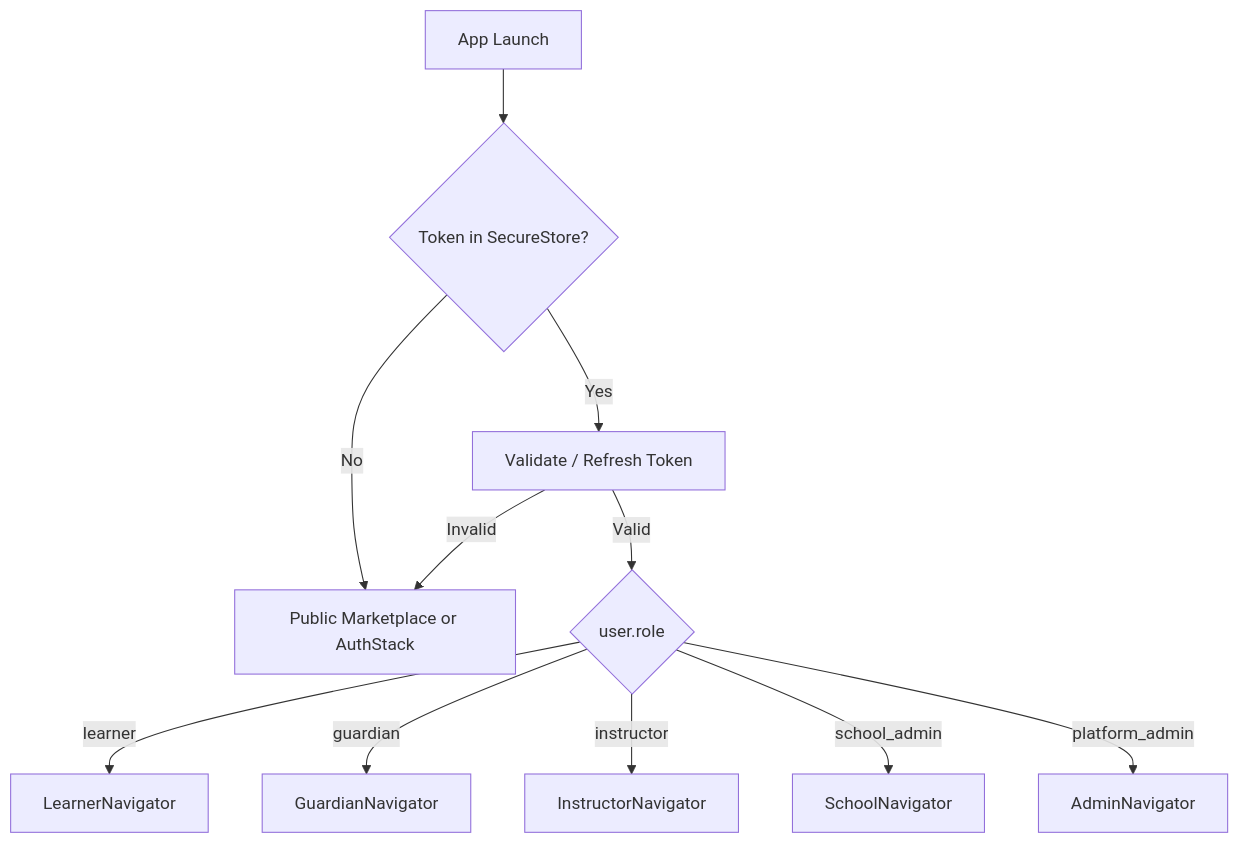
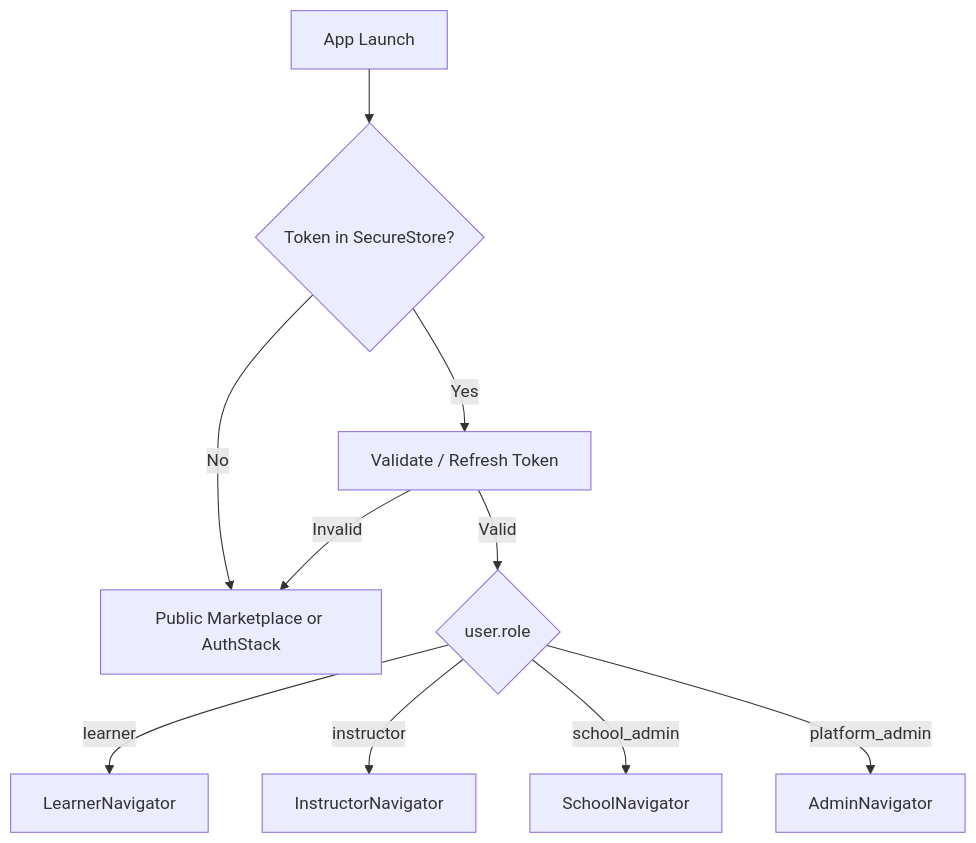
The first of 3 diagrams in docs/architecture.md (learn2driveng/learn2driveng-client), drawn with Mermaid before and after one commit. The commit also changed other lines of this file and 121 other files, not shown here.

````diff
--- a/docs/architecture.md
+++ b/docs/architecture.md
@@ -85,13 +97,12 @@
 ```mermaid
 flowchart TD
     A[App Launch] --> B{Token in SecureStore?}
     B -->|No| C[Public Marketplace or AuthStack]
     B -->|Yes| D[Validate / Refresh Token]
     D -->|Invalid| C
     D -->|Valid| E{user.role}
     E -->|learner| F[LearnerNavigator]
-    E -->|guardian| G[GuardianNavigator]
     E -->|instructor| H[InstructorNavigator]
     E -->|school_admin| I[SchoolNavigator]
     E -->|platform_admin| J[AdminNavigator]
 ```
````
